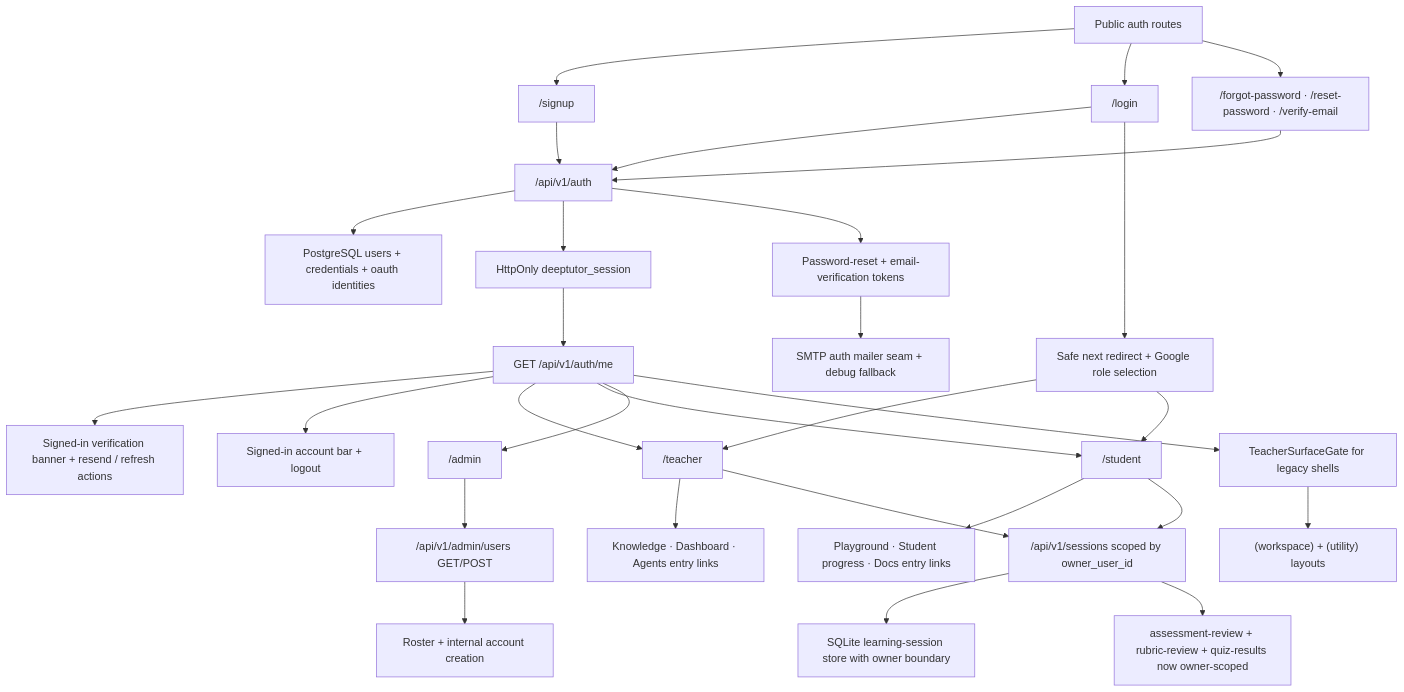
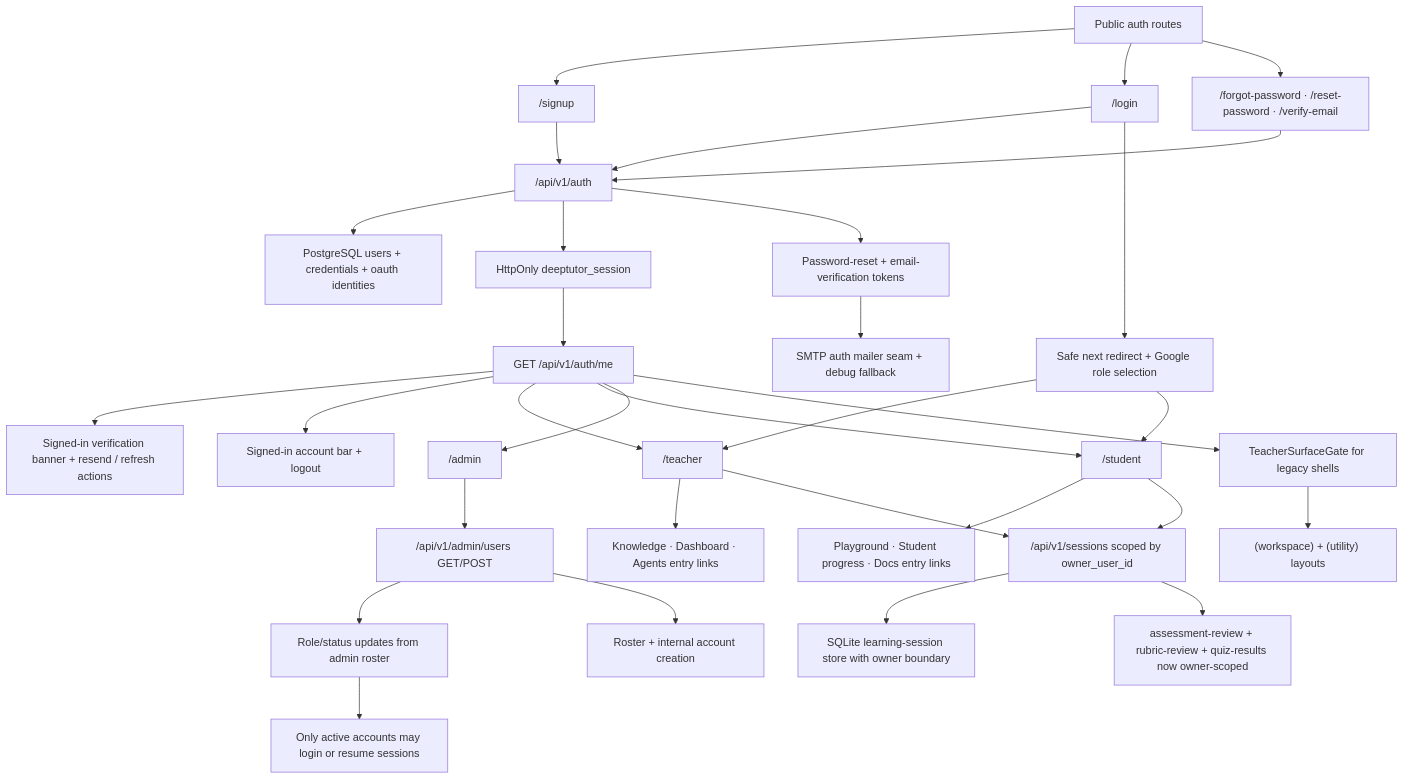
Before and after one commit to Creative-Science-Contest-2026/Multiagent-learning-platform: the diagram in docs/superpowers/pr-notes/2026-05-02-auth-multi-user-foundation.md, drawn with Mermaid. The commit also changed other lines of this file and 12 other files, not shown here.

Commit message:
feat(auth): enforce active account lifecycle [AUTH-MULTI-USER]

````diff
--- a/docs/superpowers/pr-notes/2026-05-02-auth-multi-user-foundation.md
+++ b/docs/superpowers/pr-notes/2026-05-02-auth-multi-user-foundation.md
@@ -21,32 +22,34 @@
 ```mermaid
 flowchart TD
   Public["Public auth routes"] --> Signup["/signup"]
   Public --> Login["/login"]
   Public --> Recovery["/forgot-password · /reset-password · /verify-email"]
   Login --> AuthAPI["/api/v1/auth"]
   Signup --> AuthAPI
   Recovery --> AuthAPI
   Login --> NextRedirect["Safe next redirect + Google role selection"]
   Me --> VerificationBanner["Signed-in verification banner + resend / refresh actions"]
   Me --> AccountBar["Signed-in account bar + logout"]
+  AdminUsersAPI --> AccountLifecycle["Role/status updates from admin roster"]
   AuthAPI --> Users["PostgreSQL users + credentials + oauth identities"]
   AuthAPI --> Sessions["HttpOnly deeptutor_session"]
   AuthAPI --> OneTimeTokens["Password-reset + email-verification tokens"]
   OneTimeTokens --> AuthMailer["SMTP auth mailer seam + debug fallback"]
   AdminShell --> AdminUsersAPI["/api/v1/admin/users GET/POST"]
   AdminUsersAPI --> AdminPanel["Roster + internal account creation"]
   Sessions --> Me["GET /api/v1/auth/me"]
   Me --> TeacherShell["/teacher"]
   Me --> StudentShell["/student"]
   Me --> AdminShell["/admin"]
   NextRedirect --> TeacherShell
   NextRedirect --> StudentShell
   TeacherShell --> TeacherHub["Knowledge · Dashboard · Agents entry links"]
   StudentShell --> StudentHub["Playground · Student progress · Docs entry links"]
   Me --> TeacherGate["TeacherSurfaceGate for legacy shells"]
   TeacherGate --> LegacyShells["(workspace) + (utility) layouts"]
   TeacherShell --> OwnedSessionAPI["/api/v1/sessions scoped by owner_user_id"]
   StudentShell --> OwnedSessionAPI
   OwnedSessionAPI --> SQLiteStore["SQLite learning-session store with owner boundary"]
   OwnedSessionAPI --> ReviewFlows["assessment-review + rubric-review + quiz-results now owner-scoped"]
+  AccountLifecycle --> ActiveOnlyAuth["Only active accounts may login or resume sessions"]
 ```
````
